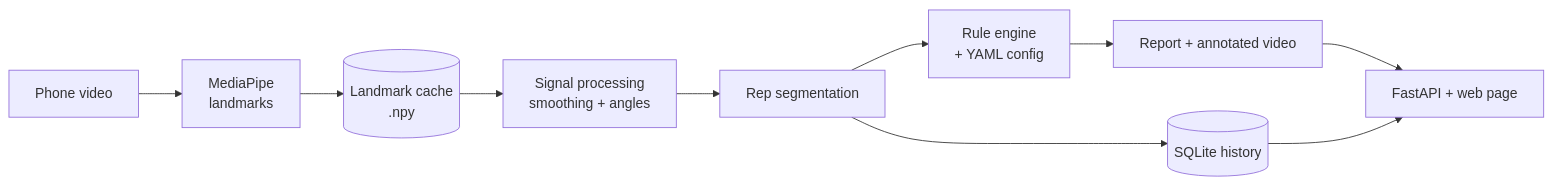
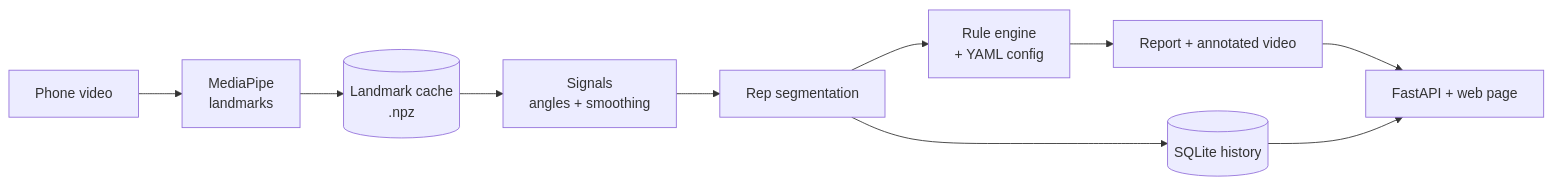
Before and after one commit to TalGvili/form-coach: the diagram in docs/form-coach-project-guide.md, drawn with Mermaid. The commit also changed other lines of this file and 1 other file, not shown here.

````diff
--- a/docs/form-coach-project-guide.md
+++ b/docs/form-coach-project-guide.md
@@ -11,12 +16,12 @@
 ```mermaid
 flowchart LR
   A[Phone video] --> B[MediaPipe<br/>landmarks]
-  B --> C[(Landmark cache<br/>.npy)]
-  C --> D[Signal processing<br/>smoothing + angles]
+  B --> C[(Landmark cache<br/>.npz)]
+  C --> D[Signals<br/>angles + smoothing]
   D --> E[Rep segmentation]
   E --> F[Rule engine<br/>+ YAML config]
   F --> G[Report + annotated video]
   G --> H[FastAPI + web page]
   E --> I[(SQLite history)]
   I --> H
 ```
````
